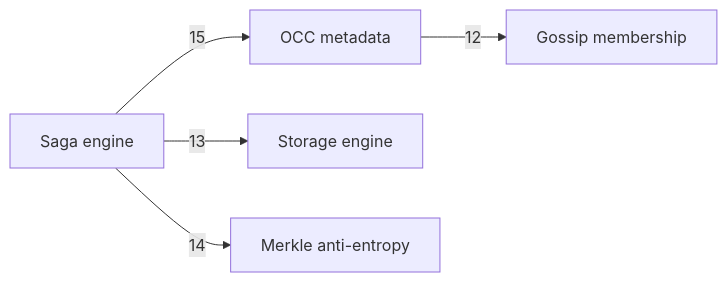
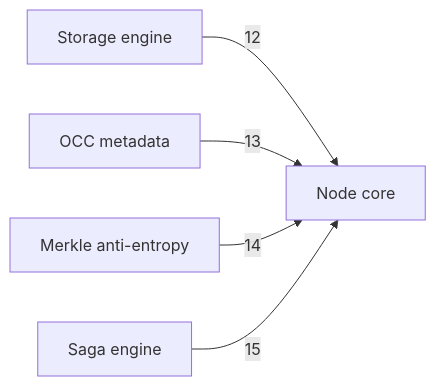
One commit to nickstrad/decentralized-object-store changed the diagram in docs/c4/diagrams/02-container-d.mmd. Above: the diagram before and after it, drawn with Mermaid. The commit also changed 28 other files, not shown here.

Commit message:
c4: redraw the diagrams as built: a node core that implements every package's interfaces, a node runtime, the object API over one service interface

```diff
--- a/docs/c4/diagrams/02-container-d.mmd
+++ b/docs/c4/diagrams/02-container-d.mmd
@@ -1,6 +1,6 @@
 %% draw-visual: -x 4 -y 1 -p 0
 graph LR
-  SAGA[Saga engine] -->|15| OCC[OCC metadata]
-  OCC -->|12| GOSSIP[Gossip membership]
-  SAGA -->|13| STORAGE[Storage engine]
-  SAGA -->|14| MERKLE[Merkle anti-entropy]
+  STORAGE[Storage engine] -->|12| NODE[Node core]
+  OCC[OCC metadata] -->|13| NODE
+  MERKLE[Merkle anti-entropy] -->|14| NODE
+  SAGA[Saga engine] -->|15| NODE
```
